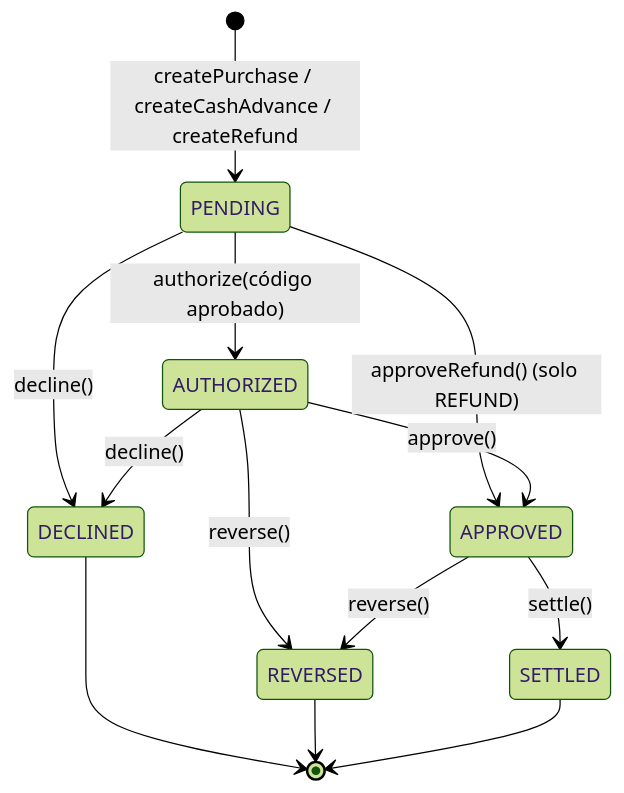
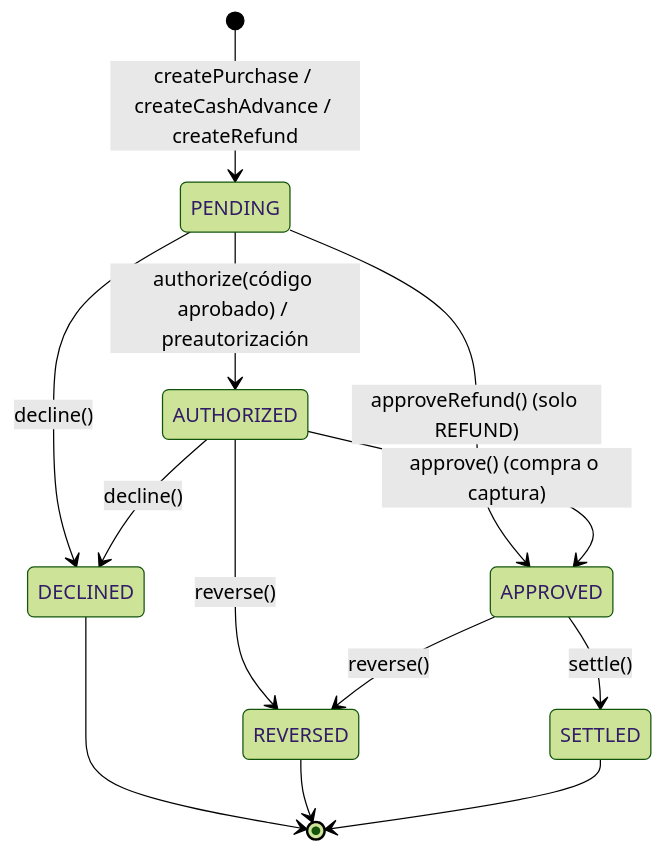
One commit to creditcard-managment/card-managment-service changed the second of 3 diagrams in docs/technical/PAYMENT.md. Above: the diagram before and after it, drawn with Mermaid (forest theme). The commit also changed other lines of this file and 53 other files, not shown here.

````diff
--- a/docs/technical/PAYMENT.md
+++ b/docs/technical/PAYMENT.md
@@ -117,15 +118,15 @@
 ```mermaid
 stateDiagram-v2
     [*] --> PENDING: createPurchase / createCashAdvance / createRefund
-    PENDING --> AUTHORIZED: authorize(código aprobado)
+    PENDING --> AUTHORIZED: authorize(código aprobado) / preautorización
     PENDING --> APPROVED: approveRefund() (solo REFUND)
     PENDING --> DECLINED: decline()
-    AUTHORIZED --> APPROVED: approve()
+    AUTHORIZED --> APPROVED: approve() (compra o captura)
     AUTHORIZED --> DECLINED: decline()
     AUTHORIZED --> REVERSED: reverse()
     APPROVED --> REVERSED: reverse()
     APPROVED --> SETTLED: settle()
     DECLINED --> [*]
     REVERSED --> [*]
     SETTLED --> [*]
 ```
````
